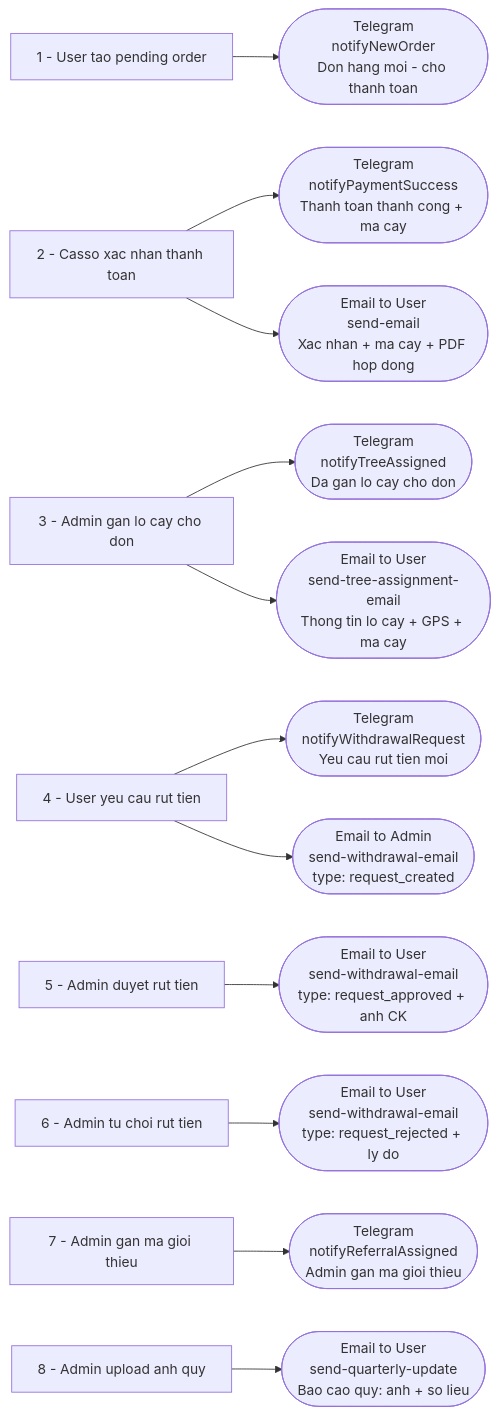
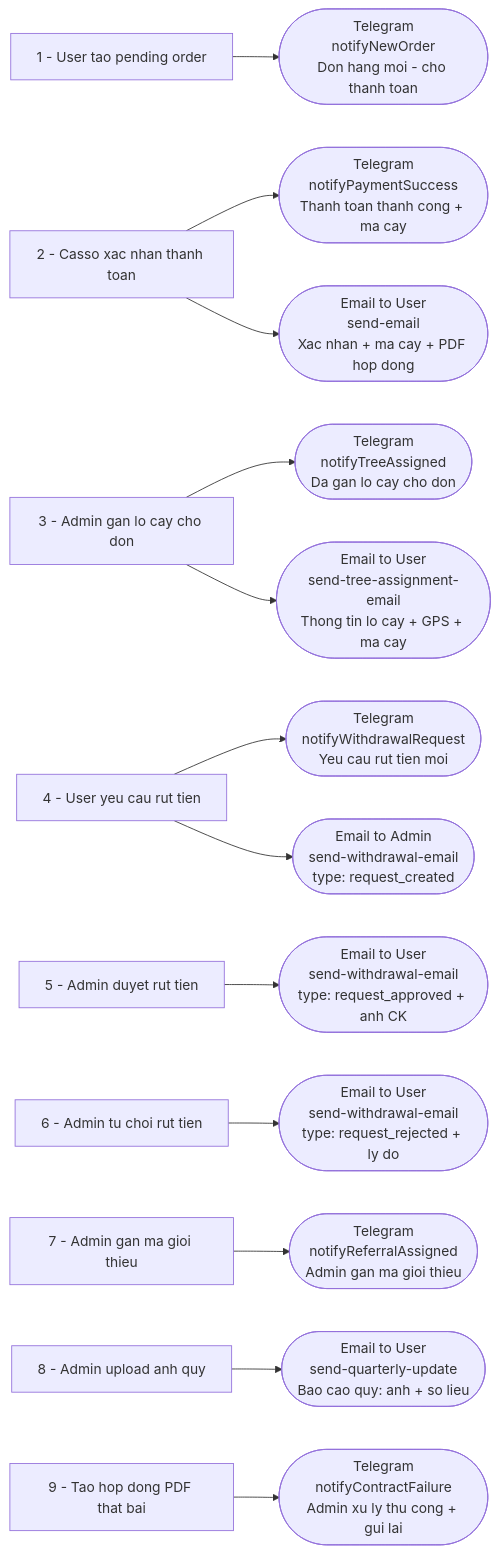
The eighth of 8 diagrams in docs/userflow.md (deptrai/dainganxanh), drawn with Mermaid before and after one commit. The commit also changed other lines of this file and 3 other files, not shown here.

````diff
--- a/docs/userflow.md
+++ b/docs/userflow.md
@@ -305,30 +310,32 @@
 ```mermaid
 flowchart LR
     EV1[1 - User tao pending order]
     EV2[2 - Casso xac nhan thanh toan]
     EV3[3 - Admin gan lo cay cho don]
     EV4[4 - User yeu cau rut tien]
     EV5[5 - Admin duyet rut tien]
     EV6[6 - Admin tu choi rut tien]
     EV7[7 - Admin gan ma gioi thieu]
     EV8[8 - Admin upload anh quy]
 
     EV1 --> T1([Telegram<br>notifyNewOrder<br>Don hang moi - cho thanh toan])
 
     EV2 --> T2([Telegram<br>notifyPaymentSuccess<br>Thanh toan thanh cong + ma cay])
     EV2 --> E1([Email to User<br>send-email<br>Xac nhan + ma cay + PDF hop dong])
 
     EV3 --> T3([Telegram<br>notifyTreeAssigned<br>Da gan lo cay cho don])
     EV3 --> E2([Email to User<br>send-tree-assignment-email<br>Thong tin lo cay + GPS + ma cay])
 
     EV4 --> T4([Telegram<br>notifyWithdrawalRequest<br>Yeu cau rut tien moi])
     EV4 --> E3([Email to Admin<br>send-withdrawal-email<br>type: request_created])
 
     EV5 --> E4([Email to User<br>send-withdrawal-email<br>type: request_approved + anh CK])
 
     EV6 --> E5([Email to User<br>send-withdrawal-email<br>type: request_rejected + ly do])
 
     EV7 --> T5([Telegram<br>notifyReferralAssigned<br>Admin gan ma gioi thieu])
 
     EV8 --> E6([Email to User<br>send-quarterly-update<br>Bao cao quy: anh + so lieu])
+
+    EV9[9 - Tao hop dong PDF that bai] --> T6([Telegram<br>notifyContractFailure<br>Admin xu ly thu cong + gui lai])
 ```
````
